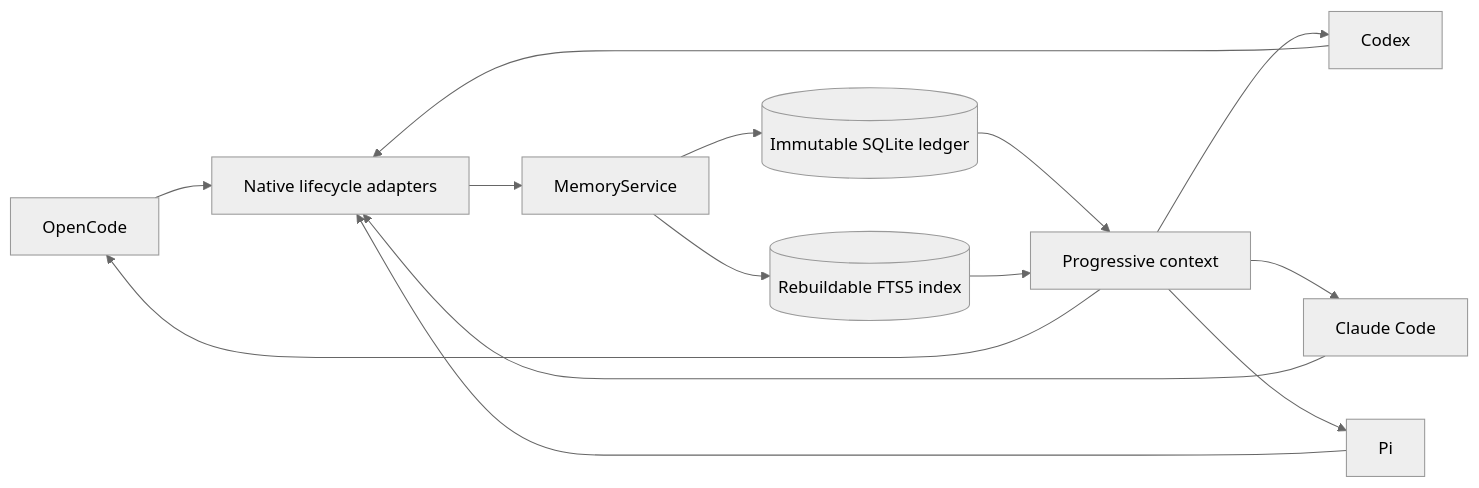
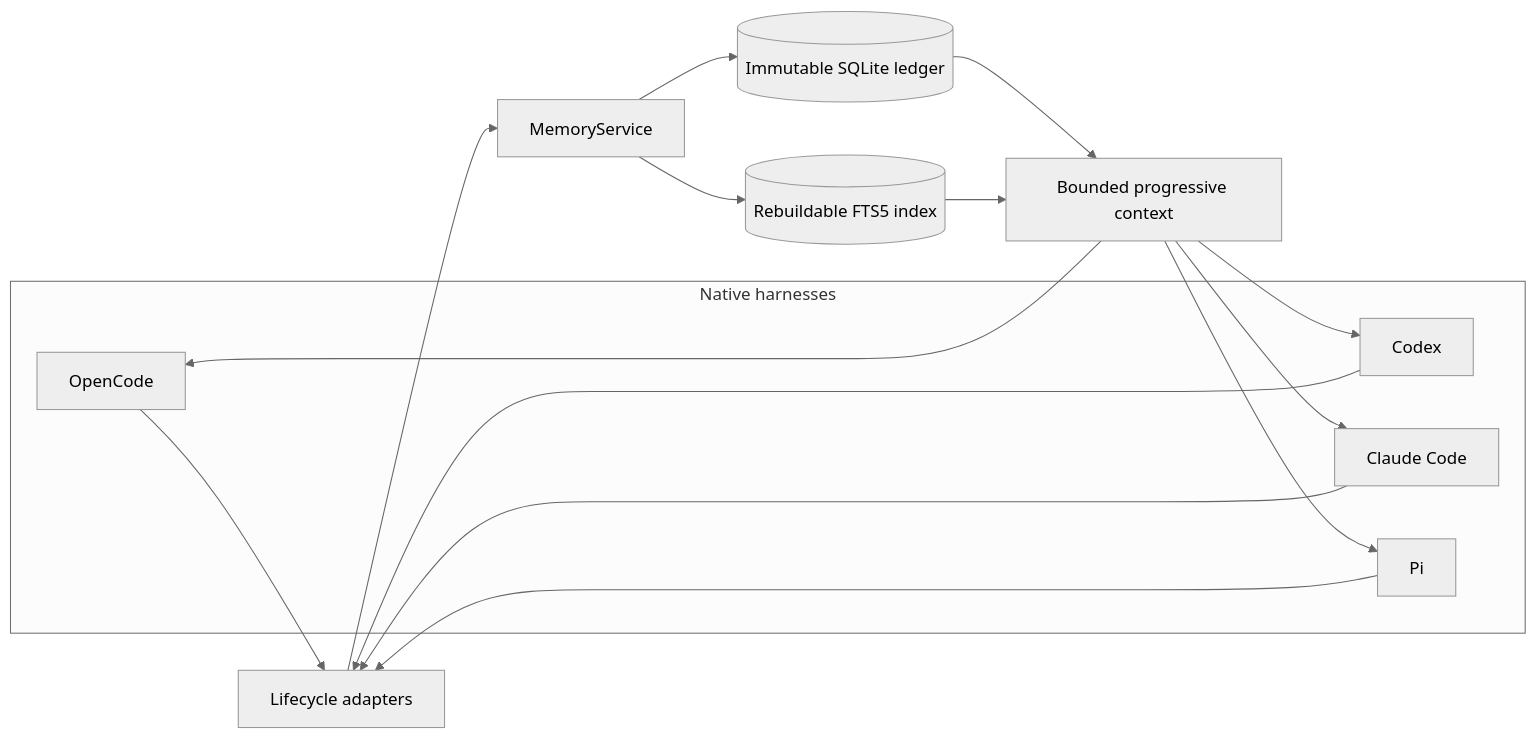
Before and after one commit to EremesNG/thoth-mem: the diagram in README.md, drawn with Mermaid (neutral theme). The commit also changed other lines of this file and 1 other file, not shown here.

````diff
--- a/README.md
+++ b/README.md
@@ -38,16 +62,16 @@
 ```mermaid
 flowchart LR
-  O[OpenCode] --> H[Native lifecycle adapters]
-  C[Codex] --> H
-  A[Claude Code] --> H
-  P[Pi] --> H
+  subgraph Hosts[Native harnesses]
+    O[OpenCode]
+    C[Codex]
+    A[Claude Code]
+    P[Pi]
+  end
+
+  O & C & A & P --> H[Lifecycle adapters]
   H --> S[MemoryService]
   S --> L[(Immutable SQLite ledger)]
   S --> F[(Rebuildable FTS5 index)]
-  L --> R[Progressive context]
-  F --> R
-  R --> O
-  R --> C
-  R --> A
-  R --> P
+  L & F --> R[Bounded progressive context]
+  R --> O & C & A & P
 ```
````
